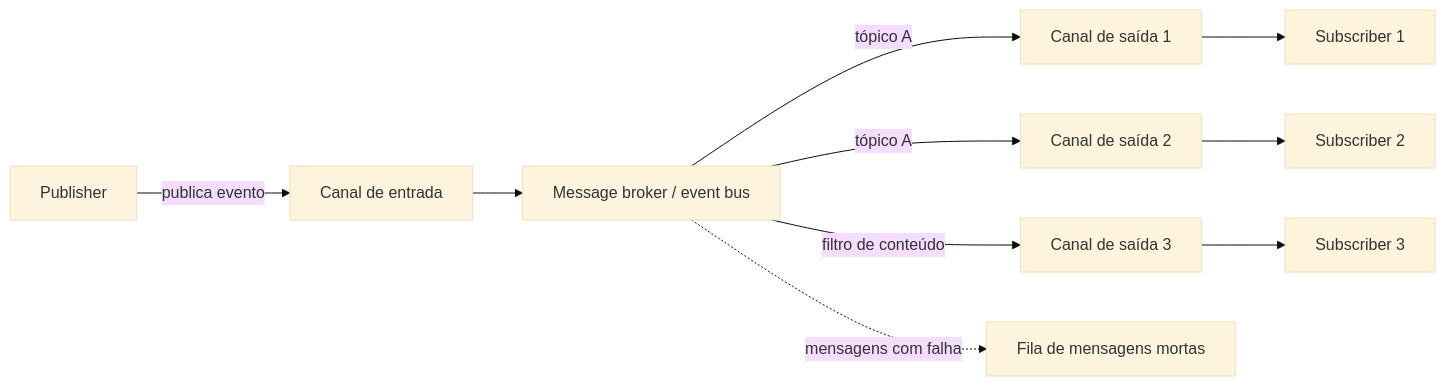
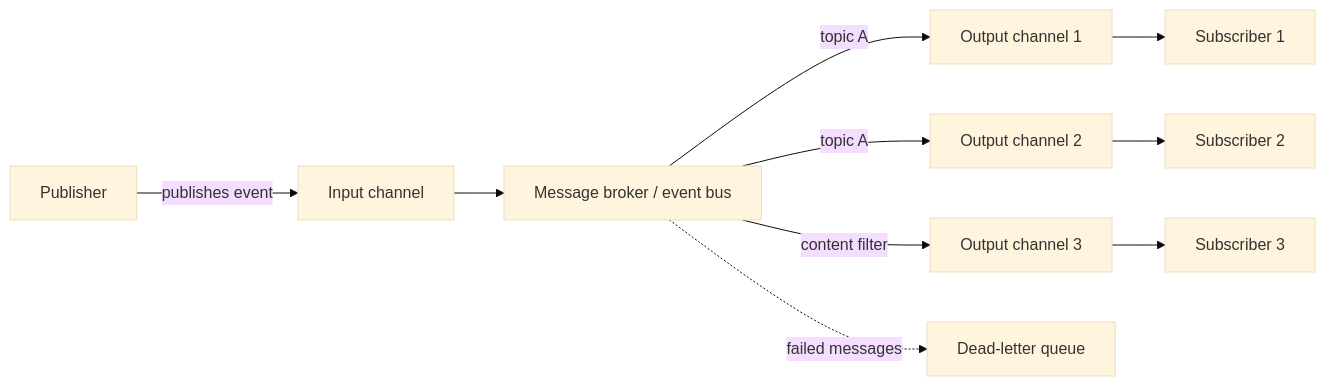
Before and after one commit to alancesar/design-patterns: the diagram in docs/cloud/cloud-design-patterns/messaging/publisher-subscriber.md, drawn with Mermaid (base theme). The commit also changed 258 other files, not shown here.

First line of the commit message:
Translate Mermaid diagrams to English

````diff
--- a/docs/cloud/cloud-design-patterns/messaging/publisher-subscriber.md
+++ b/docs/cloud/cloud-design-patterns/messaging/publisher-subscriber.md
@@ -78,12 +78,12 @@
 ```mermaid
 flowchart LR
-    P["Publisher"] -->|"publica evento"| IN["Canal de entrada"]
+    P["Publisher"] -->|"publishes event"| IN["Input channel"]
     IN --> B["Message broker / event bus"]
-    B -->|"tópico A"| O1["Canal de saída 1"]
-    B -->|"tópico A"| O2["Canal de saída 2"]
-    B -->|"filtro de conteúdo"| O3["Canal de saída 3"]
+    B -->|"topic A"| O1["Output channel 1"]
+    B -->|"topic A"| O2["Output channel 2"]
+    B -->|"content filter"| O3["Output channel 3"]
     O1 --> S1["Subscriber 1"]
     O2 --> S2["Subscriber 2"]
     O3 --> S3["Subscriber 3"]
-    B -.->|"mensagens com falha"| DLQ["Fila de mensagens mortas"]
+    B -.->|"failed messages"| DLQ["Dead-letter queue"]
 ```
````
